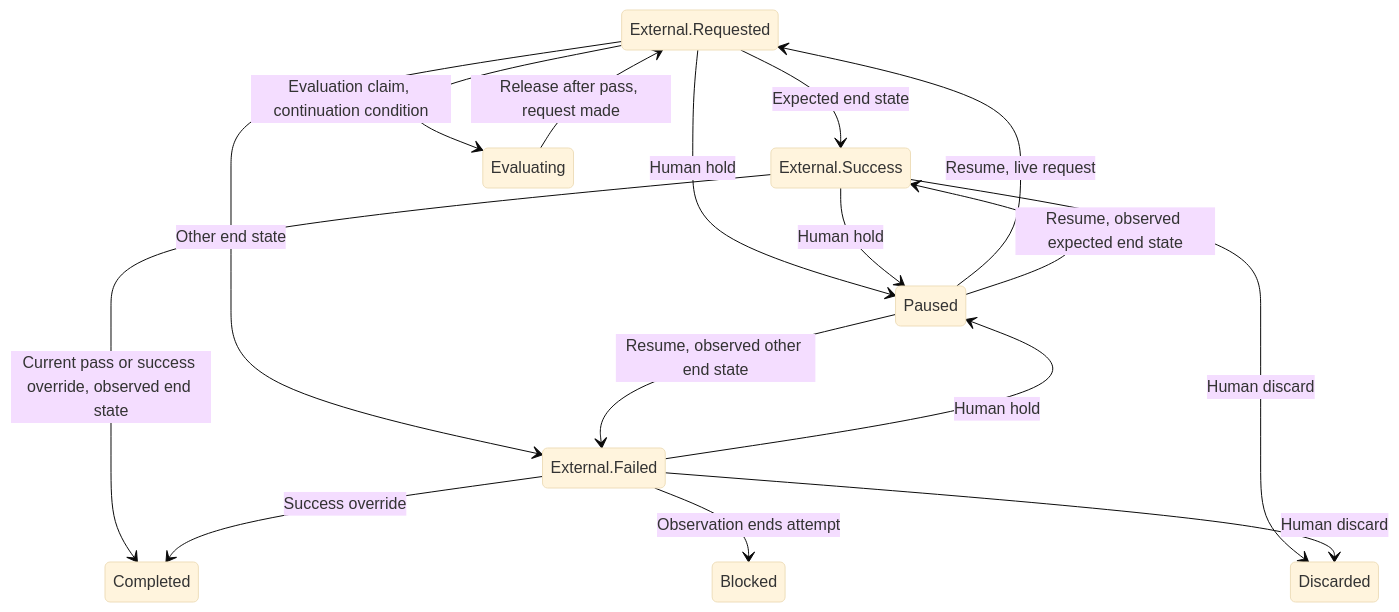
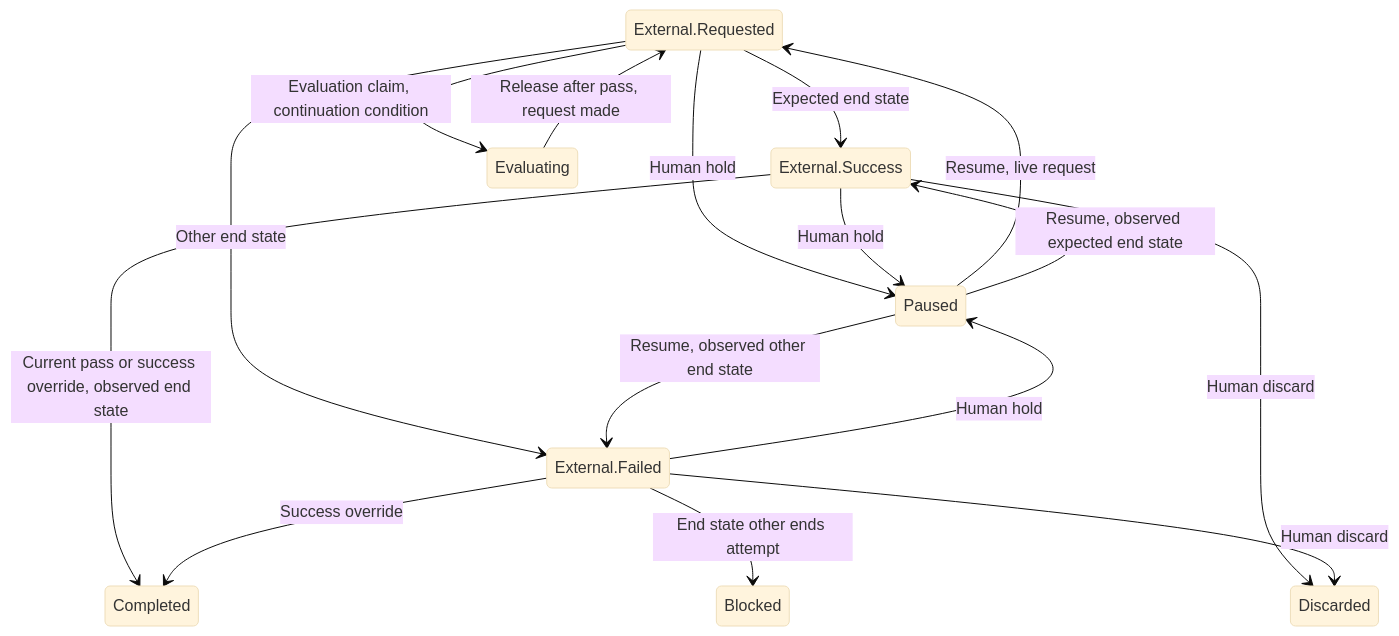
One commit to kanthorlabs/kanthord changed the second of 2 diagrams in docs/brainstorm/mission-service.md. Above: the diagram before and after it, drawn with Mermaid (base theme). The commit also changed other lines of this file and 9 other files, not shown here.

````diff
--- a/docs/brainstorm/mission-service.md
+++ b/docs/brainstorm/mission-service.md
@@ -669,21 +667,21 @@
 ```mermaid
 stateDiagram-v2
     state "External.Requested" as ext_requested
     state "External.Success" as ext_success
     state "External.Failed" as ext_failed
     Evaluating --> ext_requested: Release after pass, request made
     ext_requested --> ext_success: Expected end state
     ext_requested --> ext_failed: Other end state
     ext_requested --> Paused: Human hold
     ext_requested --> Evaluating: Evaluation claim, continuation condition
     Paused --> ext_requested: Resume, live request
     Paused --> ext_success: Resume, observed expected end state
     Paused --> ext_failed: Resume, observed other end state
     ext_success --> Completed: Current pass or success override, observed end state
     ext_success --> Paused: Human hold
     ext_success --> Discarded: Human discard
-    ext_failed --> Blocked: Observation ends attempt
+    ext_failed --> Blocked: End state other ends attempt
     ext_failed --> Completed: Success override
     ext_failed --> Paused: Human hold
     ext_failed --> Discarded: Human discard
 ```
````
